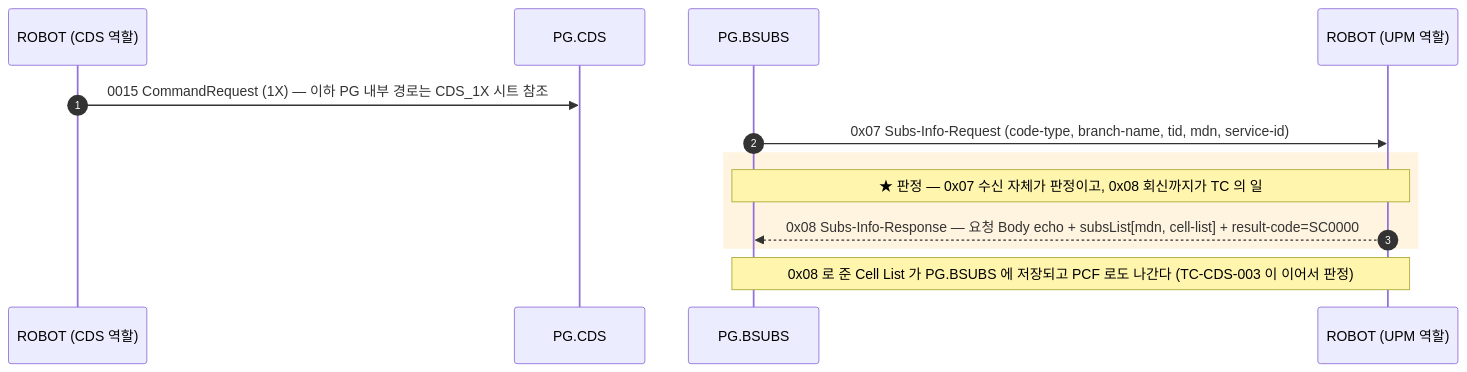
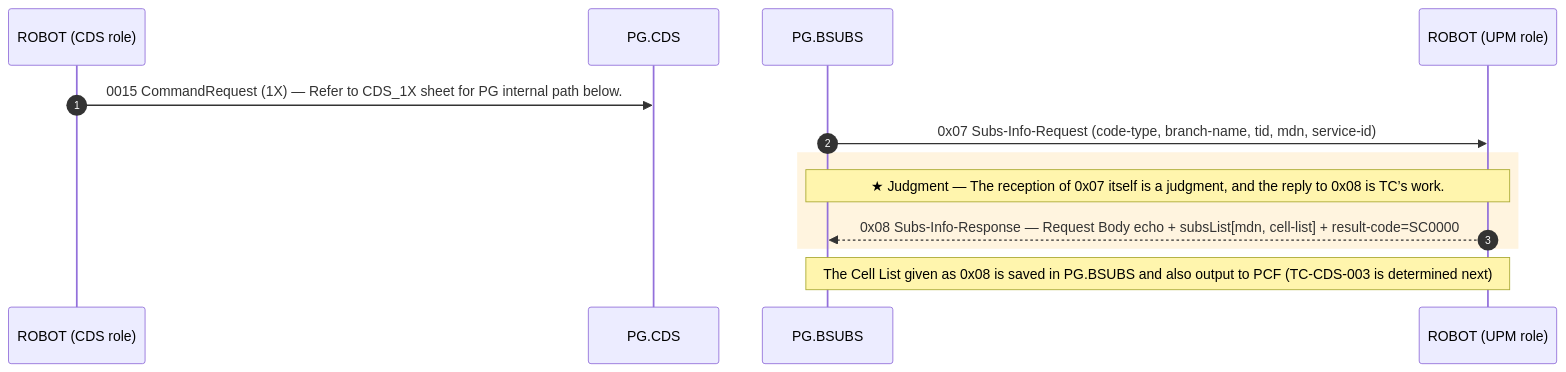
Before and after one commit to IanKim2030/tc4robot: the second of 2 diagrams in docs/callflow/upm_callflow.md, drawn with Mermaid. The commit also changed other lines of this file and 83 other files, not shown here.

````diff
--- a/docs/callflow/upm_callflow.md
+++ b/docs/callflow/upm_callflow.md
@@ -83,16 +83,16 @@
 ```mermaid
 sequenceDiagram
     autonumber
-    participant CDS as ROBOT (CDS 역할)
+    participant CDS as ROBOT (CDS role)
     participant PCDS as PG.CDS
     participant BSUBS as PG.BSUBS
-    participant UPM as ROBOT (UPM 역할)
+    participant UPM as ROBOT (UPM role)
 
-    CDS->>PCDS: 0015 CommandRequest (1X) — 이하 PG 내부 경로는 CDS_1X 시트 참조
+    CDS->>PCDS:0015 CommandRequest (1X) — Refer to CDS_1X sheet for PG internal path below.
     BSUBS->>UPM: 0x07 Subs-Info-Request (code-type, branch-name, tid, mdn, service-id)
     rect rgba(255, 176, 32, 0.14)
-    Note over BSUBS,UPM: ★ 판정 — 0x07 수신 자체가 판정이고, 0x08 회신까지가 TC 의 일
-        UPM-->>BSUBS: 0x08 Subs-Info-Response — 요청 Body echo + subsList[mdn, cell-list] + result-code=SC0000
+    Note over BSUBS,UPM:★ Judgment — The reception of 0x07 itself is a judgment, and the reply to 0x08 is TC’s work.
+        UPM-->>BSUBS:0x08 Subs-Info-Response — Request Body echo + subsList[mdn, cell-list] + result-code=SC0000
     end
-    Note over BSUBS,UPM: 0x08 로 준 Cell List 가 PG.BSUBS 에 저장되고 PCF 로도 나간다 (TC-CDS-003 이 이어서 판정)
+    Note over BSUBS,UPM:The Cell List given as 0x08 is saved in PG.BSUBS and also output to PCF (TC-CDS-003 is determined next)
 ```
````
